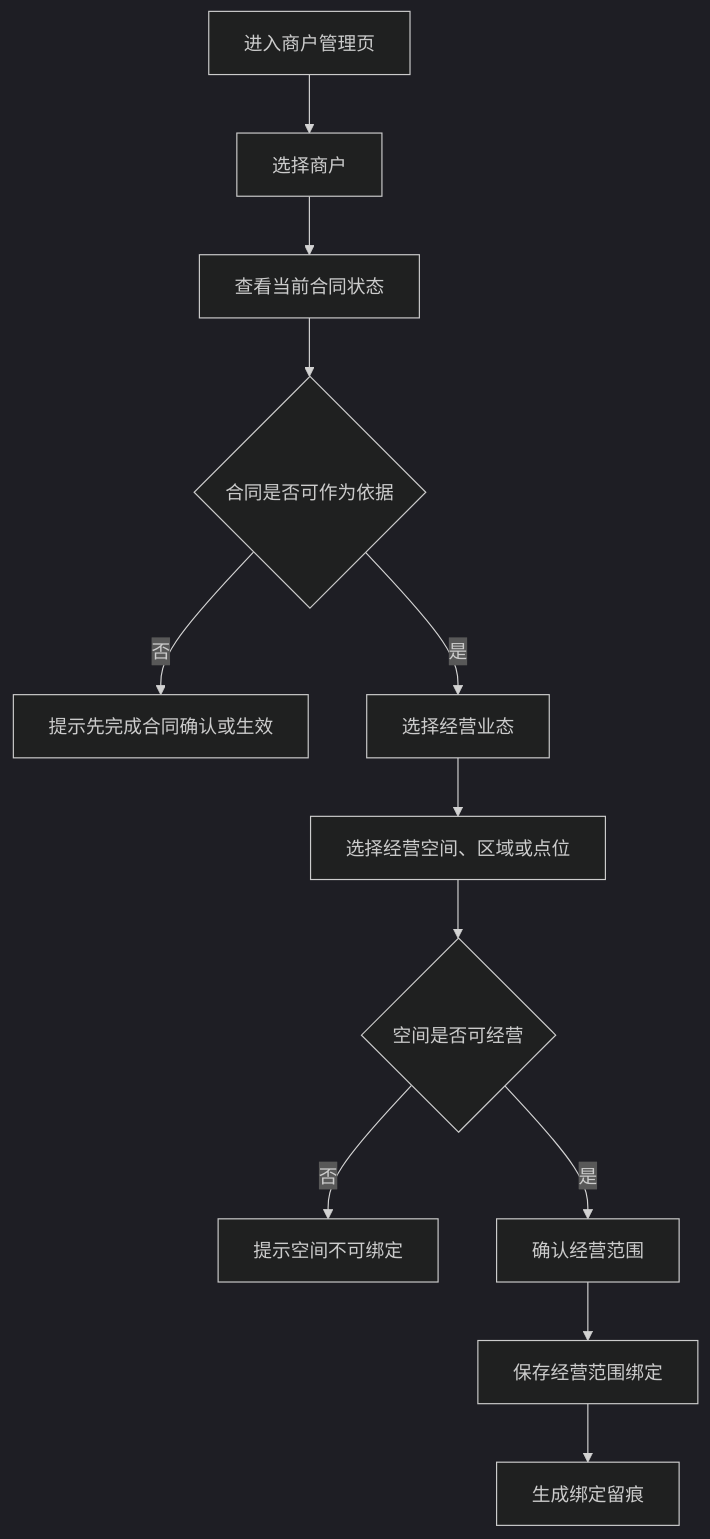
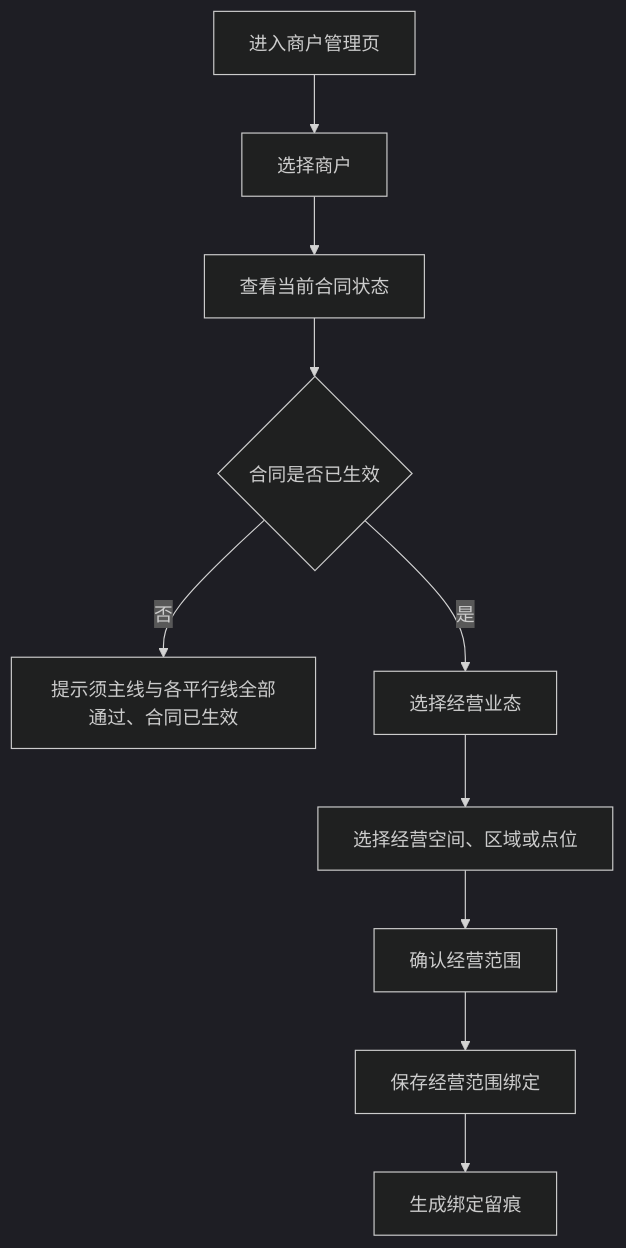
One commit to jxh1979/mall changed the sixth of 14 diagrams in docs/platform-governance-product-spec-v0.2.md. Above: the diagram before and after it, drawn with Mermaid (dark theme). The commit also changed other lines of this file and 8 other files, not shown here.

````diff
--- a/docs/platform-governance-product-spec-v0.2.md
+++ b/docs/platform-governance-product-spec-v0.2.md
@@ -1610,14 +1600,12 @@
 ```mermaid
 flowchart TD
     A["进入商户管理页"] --> B["选择商户"]
     B --> C["查看当前合同状态"]
-    C --> D{"合同是否可作为依据"}
-    D -- "否" --> E["提示先完成合同确认或生效"]
+    C --> D{"合同是否已生效"}
+    D -- "否" --> E["提示须主线与各平行线全部通过、合同已生效"]
     D -- "是" --> F["选择经营业态"]
     F --> G["选择经营空间、区域或点位"]
-    G --> H{"空间是否可经营"}
-    H -- "否" --> I["提示空间不可绑定"]
-    H -- "是" --> J["确认经营范围"]
+    G --> J["确认经营范围"]
     J --> K["保存经营范围绑定"]
     K --> L["生成绑定留痕"]
 ```
````
